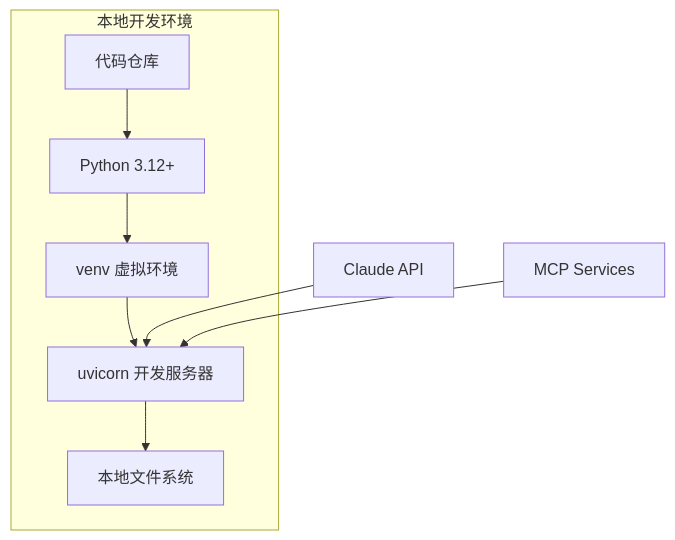
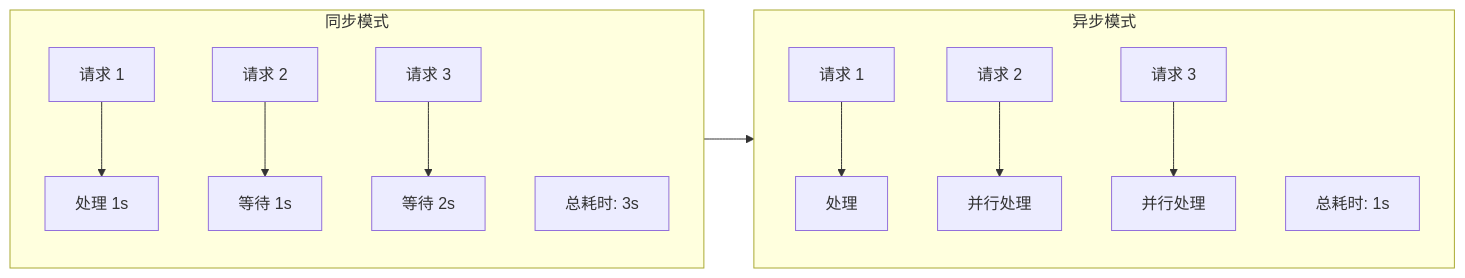
The third of 5 diagrams in docs/01-Framework.md (ThreeFish-AI/papers), drawn with Mermaid before and after one commit. The commit also changed other lines of this file, not shown here.

````diff
--- a/docs/01-Framework.md
+++ b/docs/01-Framework.md
@@ -380,12 +256,18 @@
 ```mermaid
-flowchart TB
-    subgraph LocalDev [本地开发环境]
-        A[代码仓库] --> B[Python 3.12+]
-        B --> C[venv 虚拟环境]
-        C --> D[uvicorn 开发服务器]
-        D --> E[本地文件系统]
+flowchart LR
+    subgraph Sync [同步模式]
+        S1[请求 1] --> S2[处理 1s]
+        S3[请求 2] --> S4[等待 1s]
+        S5[请求 3] --> S6[等待 2s]
+        S7[总耗时: 3s]
     end
 
-    F[Claude API] --> D
-    G[MCP Services] --> D
+    subgraph Async [异步模式]
+        A1[请求 1] --> A2[处理]
+        A3[请求 2] --> A4[并行处理]
+        A5[请求 3] --> A6[并行处理]
+        A7[总耗时: 1s]
+    end
+
+    Sync --> Async
 ```
````
